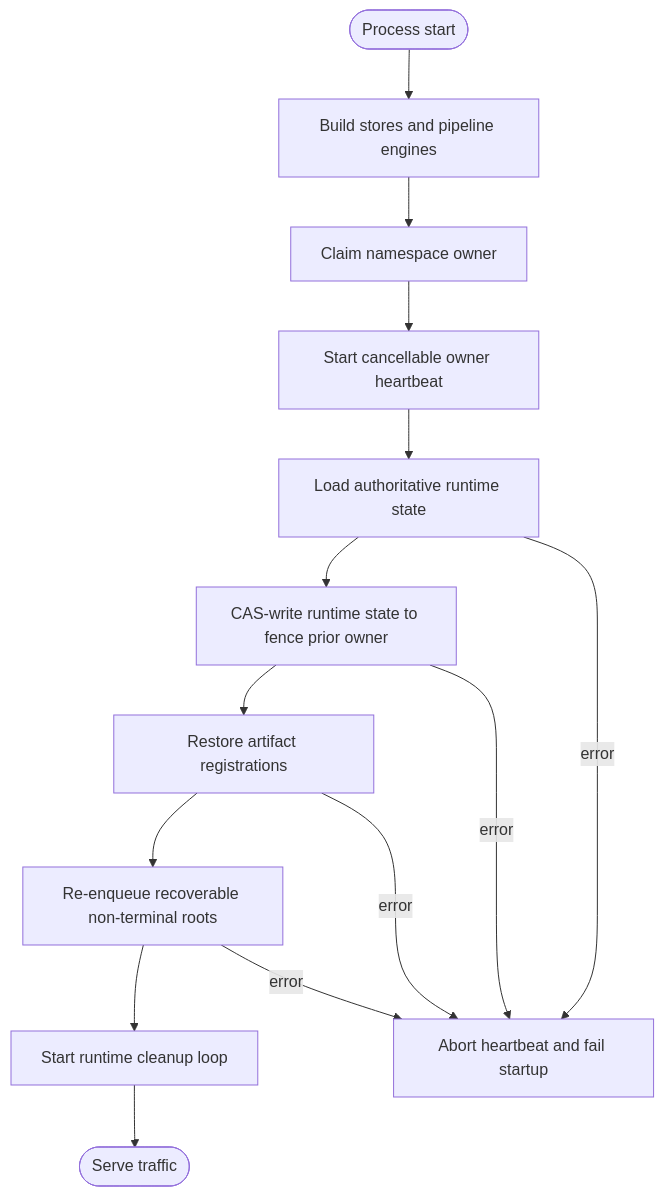
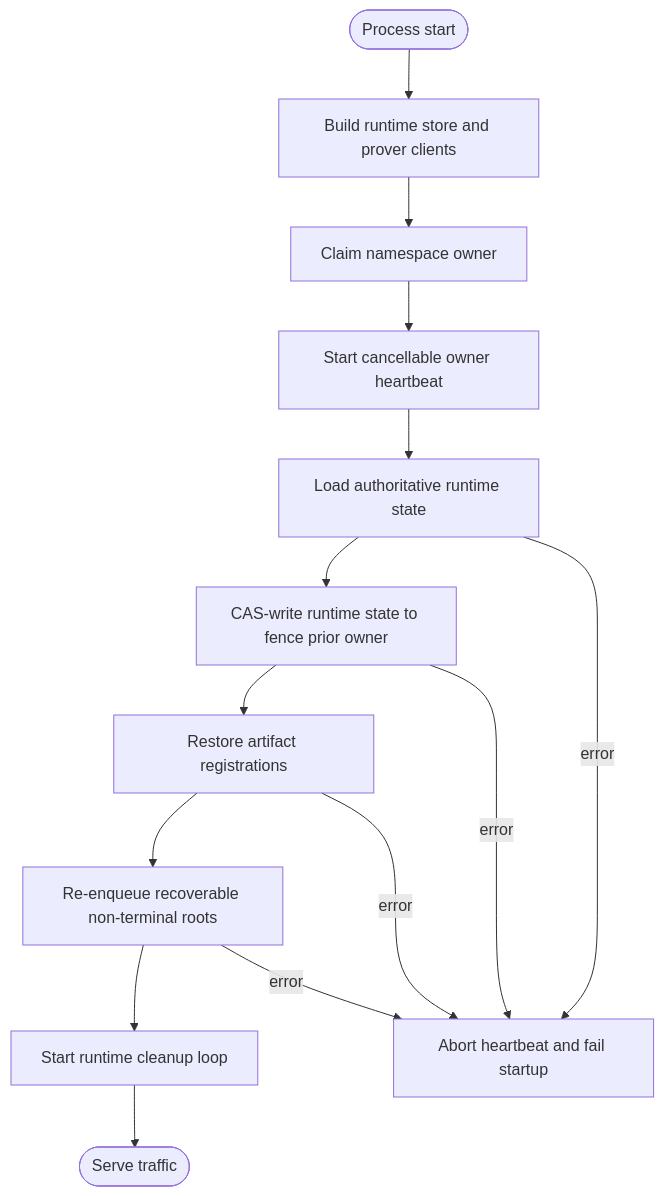
One commit to taikoxyz/raiko2 changed the third of 10 diagrams in docs/architecture.md. Above: the diagram before and after it, drawn with Mermaid. The commit also changed other lines of this file and 23 other files, not shown here.

````diff
--- a/docs/architecture.md
+++ b/docs/architecture.md
@@ -136,17 +139,17 @@
 ```mermaid
 flowchart TD
-  Start([Process start]) --> Build[Build stores and pipeline engines]
+  Start([Process start]) --> Build[Build runtime store and prover clients]
   Build --> Claim[Claim namespace owner]
   Claim --> Heartbeat[Start cancellable owner heartbeat]
   Heartbeat --> Load[Load authoritative runtime state]
   Load --> Fence[CAS-write runtime state to fence prior owner]
   Fence --> Restore[Restore artifact registrations]
   Restore --> Recover[Re-enqueue recoverable non-terminal roots]
   Recover --> Cleanup[Start runtime cleanup loop]
   Cleanup --> Serve([Serve traffic])
 
   Load -->|error| Abort[Abort heartbeat and fail startup]
   Fence -->|error| Abort
   Restore -->|error| Abort
   Recover -->|error| Abort
 ```
````
